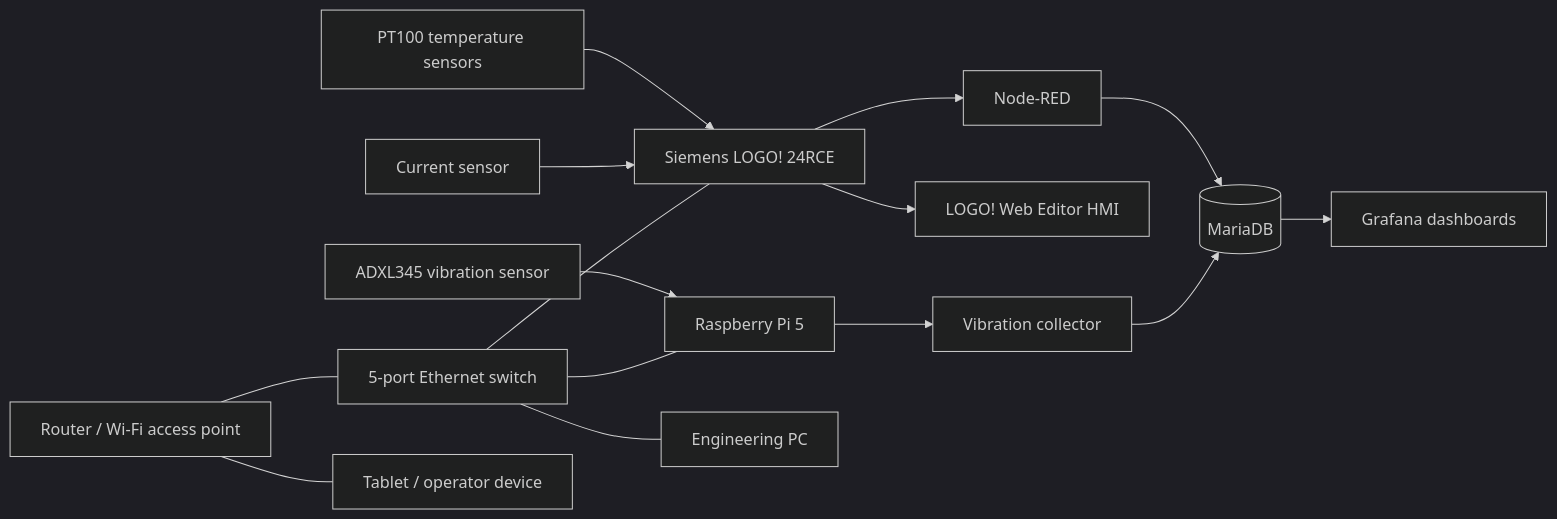
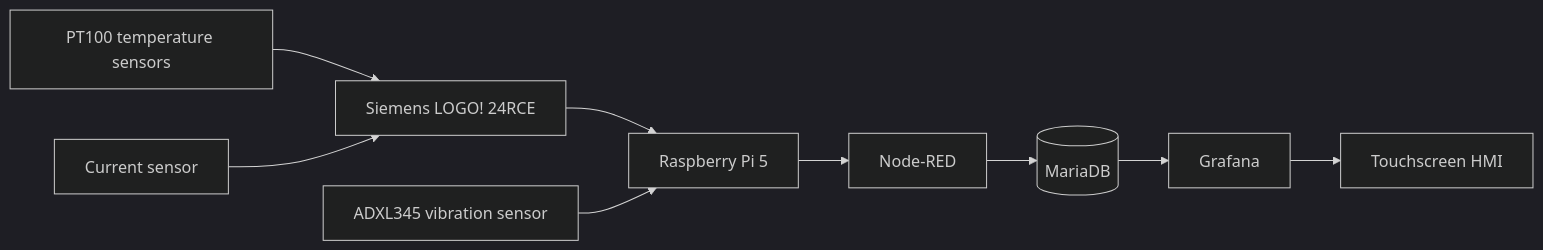
One commit to kocmondo/SafeCore changed the diagram in README.md. Above: the diagram before and after it, drawn with Mermaid (dark theme). The commit also changed other lines of this file, not shown here.

````diff
--- a/README.md
+++ b/README.md
@@ -48,20 +22,13 @@
 ```mermaid
 flowchart LR
-PT100[PT100 temperature sensors] --> LOGO[Siemens LOGO! 24RCE]
-CURRENT[Current sensor] --> LOGO
-LOGO --> NR[Node-RED]
-LOGO --> LWE[LOGO! Web Editor HMI]
+PT100["PT100 temperature sensors"] --> LOGO["Siemens LOGO! 24RCE"]
+CURRENT["Current sensor"] --> LOGO
 
-ADXL[ADXL345 vibration sensor] --> RPI[Raspberry Pi 5]
-RPI --> VCOL[Vibration collector]
+LOGO --> RPI["Raspberry Pi 5"]
+ADXL["ADXL345 vibration sensor"] --> RPI
 
-NR --> DB[(MariaDB)]
-VCOL --> DB
-DB --> GRAFANA[Grafana dashboards]
-
-ROUTER[Router / Wi-Fi access point] --- SWITCH[5-port Ethernet switch]
-SWITCH --- LOGO
-SWITCH --- RPI
-SWITCH --- PC[Engineering PC]
-ROUTER --- TABLET[Tablet / operator device]
+RPI --> NR["Node-RED"]
+NR --> DB[("MariaDB")]
+DB --> GRAFANA["Grafana"]
+GRAFANA --> HMI["Touchscreen HMI"]
 ```
````
